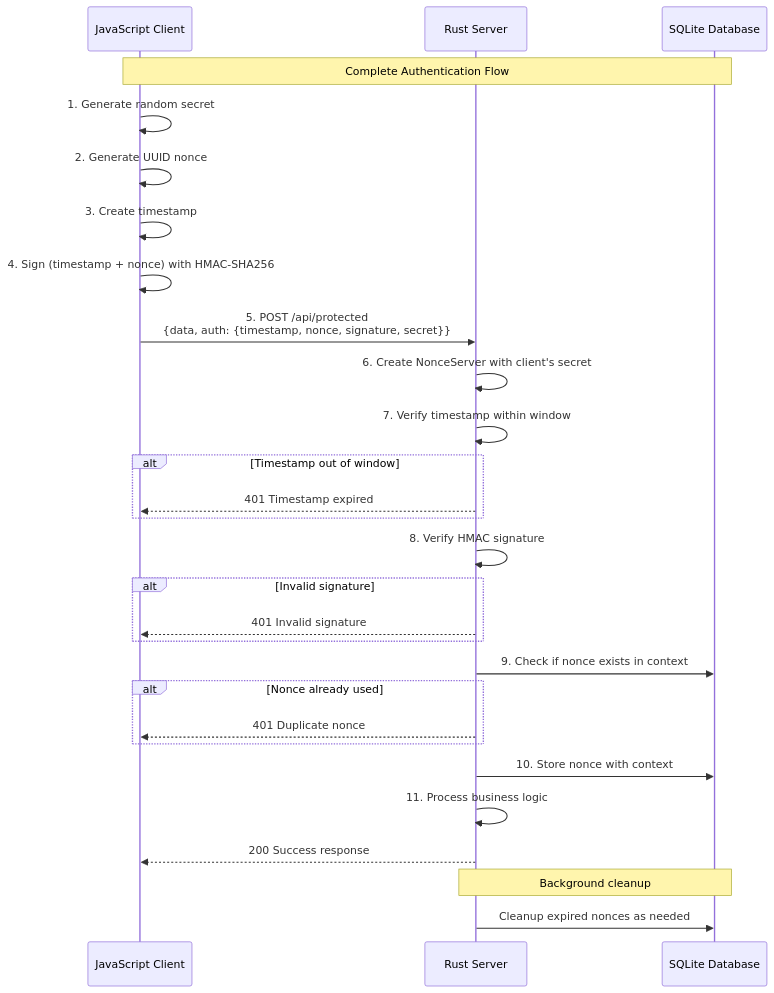
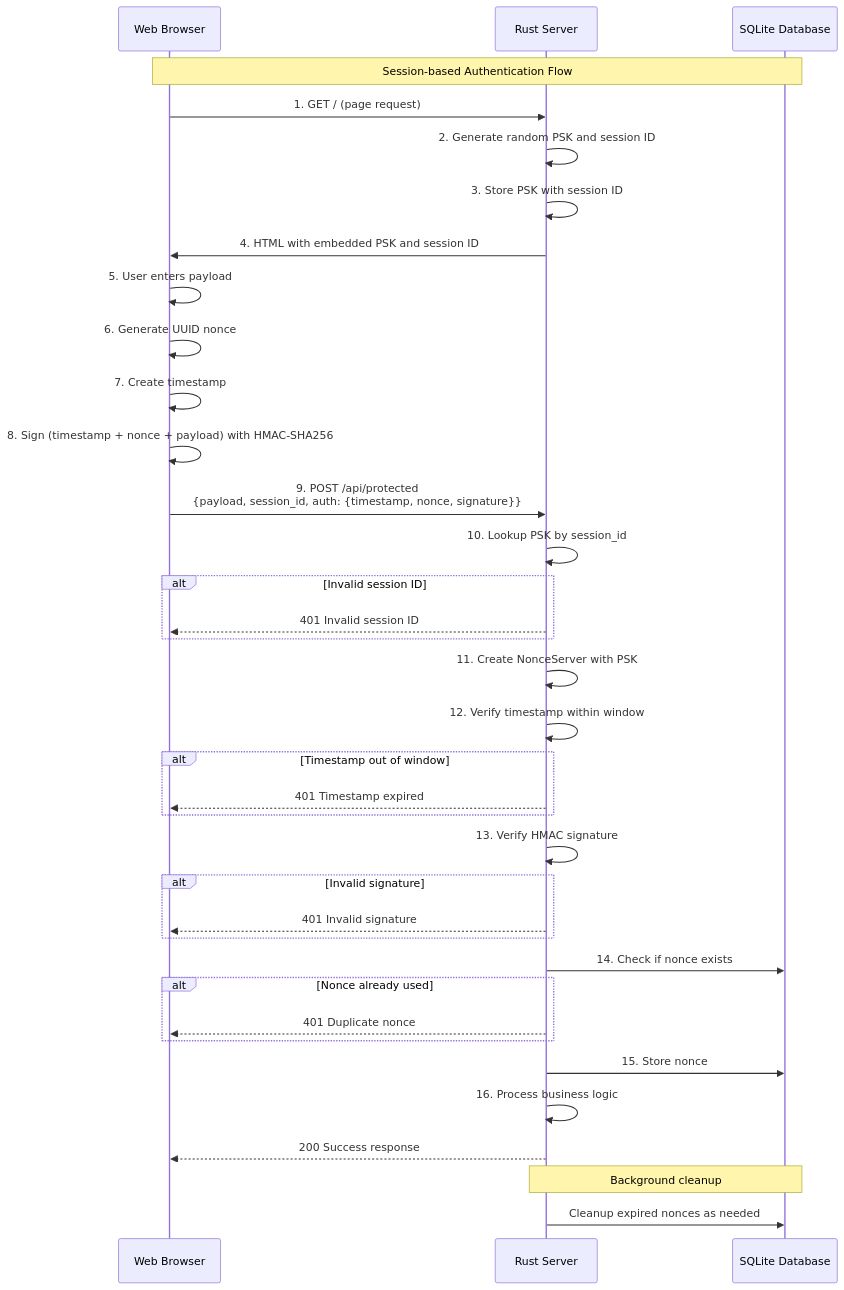
The diagram in README.md (kookyleo/nonce-auth), drawn with Mermaid before and after one commit. The commit also changed other lines of this file and 4 other files, not shown here.

````diff
--- a/README.md
+++ b/README.md
@@ -266,41 +342,52 @@
 ```mermaid
 sequenceDiagram
-    participant JSClient as JavaScript Client
+    participant Browser as Web Browser
     participant RustServer as Rust Server
     participant DB as SQLite Database
 
-    Note over JSClient, DB: Complete Authentication Flow
+    Note over Browser, DB: Session-based Authentication Flow
 
-    JSClient->>JSClient: 1. Generate random secret
-    JSClient->>JSClient: 2. Generate UUID nonce
-    JSClient->>JSClient: 3. Create timestamp
-    JSClient->>JSClient: 4. Sign (timestamp + nonce) with HMAC-SHA256
+    Browser->>RustServer: 1. GET / (page request)
+    RustServer->>RustServer: 2. Generate random PSK and session ID
+    RustServer->>RustServer: 3. Store PSK with session ID
+    RustServer->>Browser: 4. HTML with embedded PSK and session ID
     
-    JSClient->>RustServer: 5. POST /api/protected<br/>{data, auth: {timestamp, nonce, signature, secret}}
+    Browser->>Browser: 5. User enters payload
+    Browser->>Browser: 6. Generate UUID nonce
+    Browser->>Browser: 7. Create timestamp
+    Browser->>Browser: 8. Sign (timestamp + nonce + payload) with HMAC-SHA256
     
-    RustServer->>RustServer: 6. Create NonceServer with client's secret
-    RustServer->>RustServer: 7. Verify timestamp within window
+    Browser->>RustServer: 9. POST /api/protected<br/>{payload, session_id, auth: {timestamp, nonce, signature}}
+    
+    RustServer->>RustServer: 10. Lookup PSK by session_id
+    
+    alt Invalid session ID
+        RustServer-->>Browser: 401 Invalid session ID
+    end
+    
+    RustServer->>RustServer: 11. Create NonceServer with PSK
+    RustServer->>RustServer: 12. Verify timestamp within window
     
     alt Timestamp out of window
-        RustServer-->>JSClient: 401 Timestamp expired
+        RustServer-->>Browser: 401 Timestamp expired
     end
     
-    RustServer->>RustServer: 8. Verify HMAC signature
+    RustServer->>RustServer: 13. Verify HMAC signature
     
     alt Invalid signature
-        RustServer-->>JSClient: 401 Invalid signature
+        RustServer-->>Browser: 401 Invalid signature
     end
     
-    RustServer->>DB: 9. Check if nonce exists in context
+    RustServer->>DB: 14. Check if nonce exists
     
     alt Nonce already used
-        RustServer-->>JSClient: 401 Duplicate nonce
+        RustServer-->>Browser: 401 Duplicate nonce
     end
     
-    RustServer->>DB: 10. Store nonce with context
-    RustServer->>RustServer: 11. Process business logic
-    RustServer-->>JSClient: 200 Success response
+    RustServer->>DB: 15. Store nonce
+    RustServer->>RustServer: 16. Process business logic
+    RustServer-->>Browser: 200 Success response
     
     Note over RustServer, DB: Background cleanup
     RustServer->>DB: Cleanup expired nonces as needed
 ```
````
